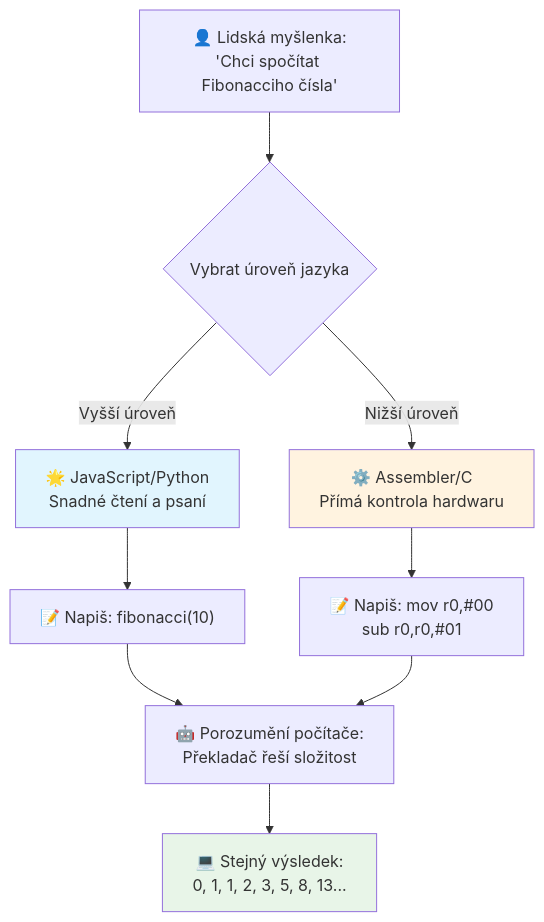
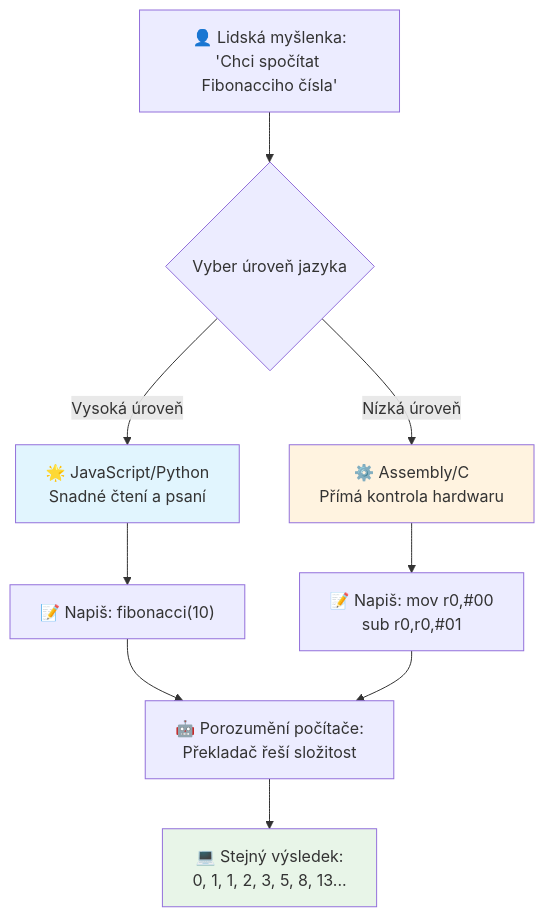
The third of 7 diagrams in translations/cs/1-getting-started-lessons/1-intro-to-programming-languages/README.md (microsoft/Web-Dev-For-Beginners), drawn with Mermaid before and after one commit. The commit also changed other lines of this file and 8 other files, not shown here.

````diff
--- a/translations/cs/1-getting-started-lessons/1-intro-to-programming-languages/README.md
+++ b/translations/cs/1-getting-started-lessons/1-intro-to-programming-languages/README.md
@@ -148,19 +148,19 @@
 ```mermaid
 flowchart TB
-    A["👤 Lidská myšlenka:<br/>'Chci spočítat Fibonacciho čísla'"] --> B{Vybrat úroveň jazyka}
+    A["👤 Lidská myšlenka:<br/>'Chci spočítat Fibonacciho čísla'"] --> B{Vyber úroveň jazyka}
     
-    B -->|Vyšší úroveň| C["🌟 JavaScript/Python<br/>Snadné čtení a psaní"]
-    B -->|Nižší úroveň| D["⚙️ Assembler/C<br/>Přímá kontrola hardwaru"]
+    B -->|Vysoká úroveň| C["🌟 JavaScript/Python<br/>Snadné čtení a psaní"]
+    B -->|Nízká úroveň| D["⚙️ Assembly/C<br/>Přímá kontrola hardwaru"]
     
     C --> E["📝 Napiš: fibonacci(10)"]
     D --> F["📝 Napiš: mov r0,#00<br/>sub r0,r0,#01"]
     
     E --> G["🤖 Porozumění počítače:<br/>Překladač řeší složitost"]
     F --> G
     
     G --> H["💻 Stejný výsledek:<br/>0, 1, 1, 2, 3, 5, 8, 13..."]
     
     style C fill:#e1f5fe
     style D fill:#fff3e0
     style H fill:#e8f5e8
 ```
````
